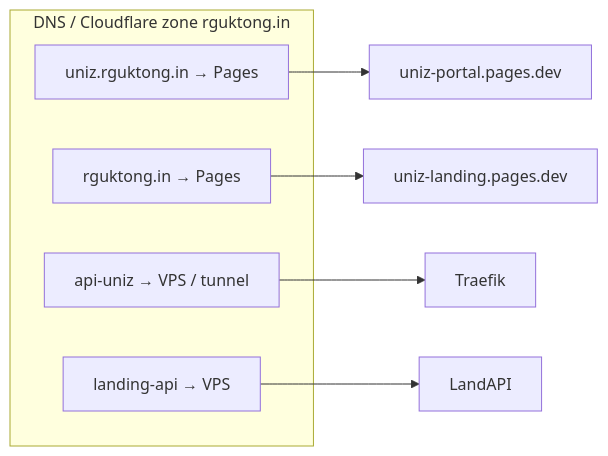
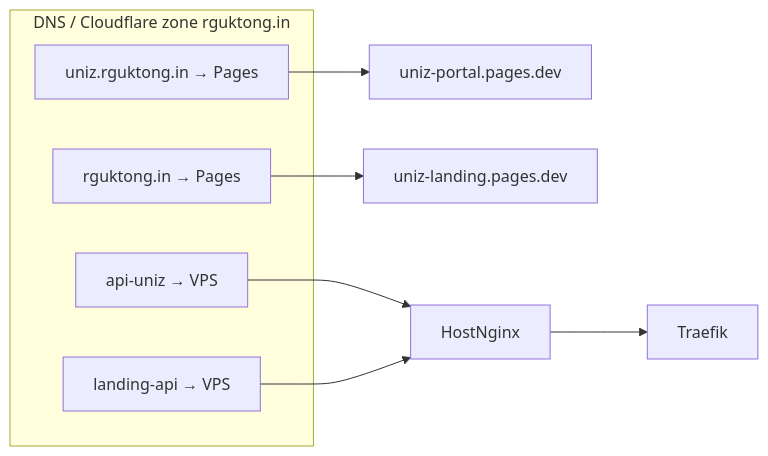
Before and after one commit to uniz-rguktong/uniz-master: the first of 2 diagrams in apps/uniz-docs/system/topology.md, drawn with Mermaid. The commit also changed other lines of this file and 10 other files, not shown here.

````diff
--- a/apps/uniz-docs/system/topology.md
+++ b/apps/uniz-docs/system/topology.md
@@ -20,13 +21,14 @@
 ```mermaid
 flowchart LR
   subgraph DNS["DNS / Cloudflare zone rguktong.in"]
     U[uniz.rguktong.in → Pages]
     R[rguktong.in → Pages]
-    API[api-uniz → VPS / tunnel]
+    API[api-uniz → VPS]
     LAPI[landing-api → VPS]
   end
   U --> PortalPages[uniz-portal.pages.dev]
   R --> LandingPages[uniz-landing.pages.dev]
-  API --> Traefik
-  LAPI --> LandAPI
+  API --> HostNginx
+  LAPI --> HostNginx
+  HostNginx --> Traefik
 ```
````
